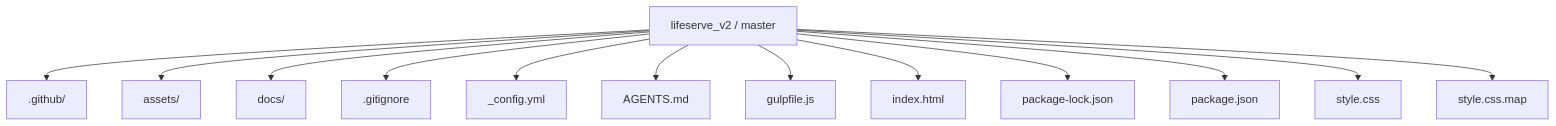
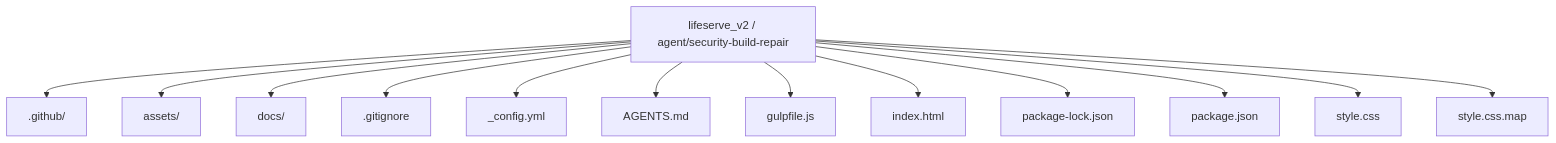
The first of 5 diagrams in README.md (Nischhalsubba/lifeserve_v2), drawn with Mermaid before and after one commit. The commit also changed other lines of this file, not shown here.

````diff
--- a/README.md
+++ b/README.md
@@ -55,16 +55,16 @@
 ```mermaid
 flowchart TD
-    ROOT["lifeserve_v2 / master"]
+    ROOT["lifeserve_v2 / agent/security-build-repair"]
     ROOT --> P0[".github/"]
     ROOT --> P1["assets/"]
     ROOT --> P2["docs/"]
     ROOT --> P3[".gitignore"]
     ROOT --> P4["_config.yml"]
     ROOT --> P5["AGENTS.md"]
     ROOT --> P6["gulpfile.js"]
     ROOT --> P7["index.html"]
     ROOT --> P8["package-lock.json"]
     ROOT --> P9["package.json"]
     ROOT --> P10["style.css"]
     ROOT --> P11["style.css.map"]
 ```
````
